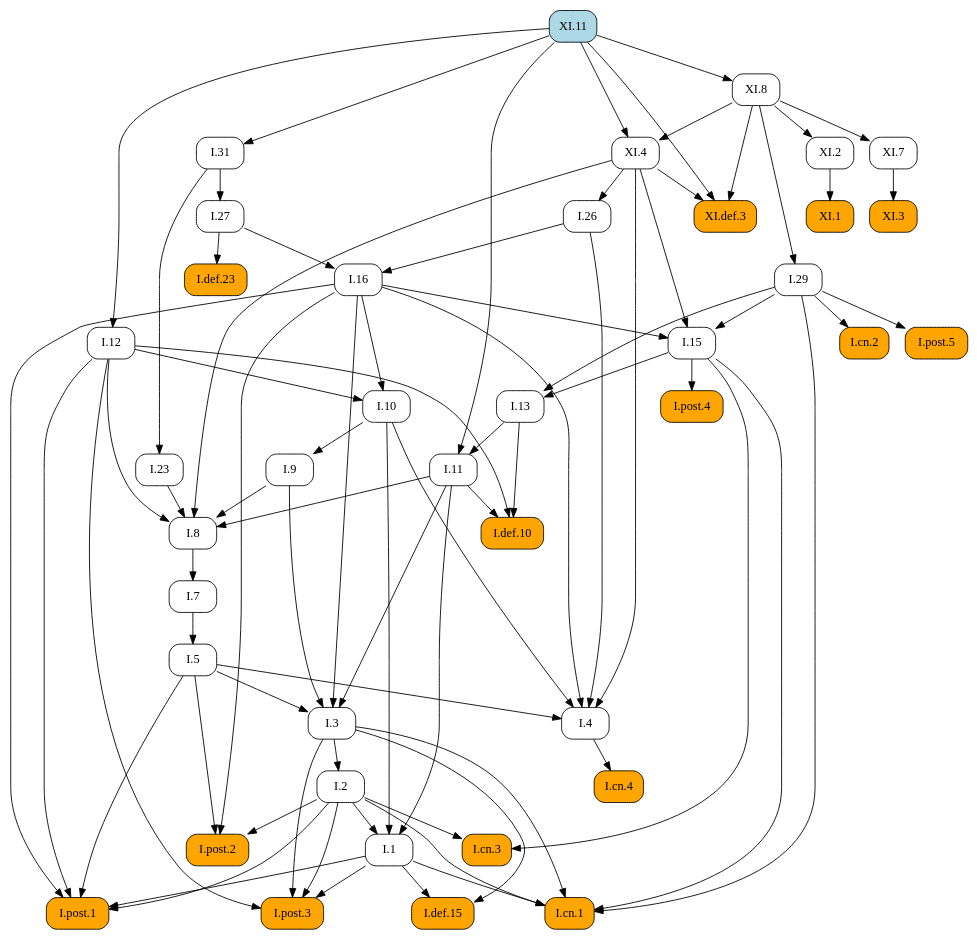
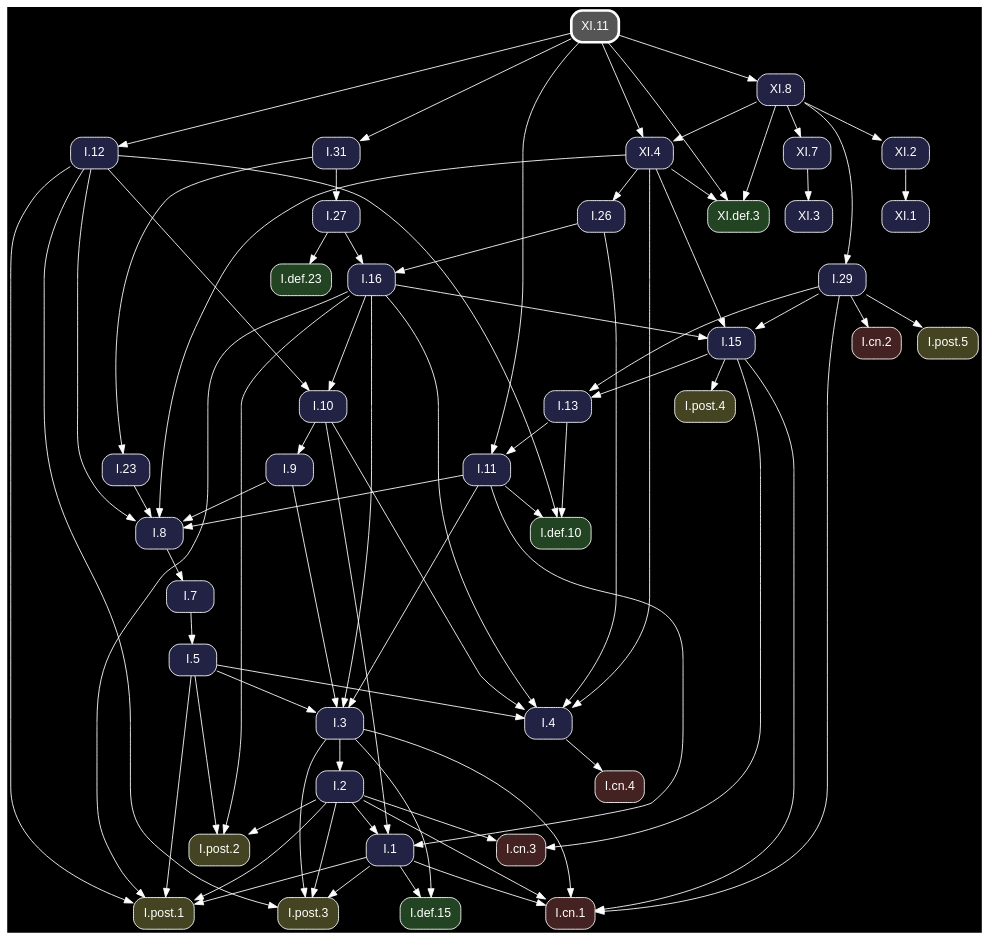
One commit to geometor/elements changed the diagram in docsrc/heath/XI/11/index.rst. Above: the diagram before and after it, drawn with Graphviz. The commit also changed other lines of this file and 1200 other files, not shown here.

Commit message:
update dependency graphs

```diff
--- a/docsrc/heath/XI/11/index.rst
+++ b/docsrc/heath/XI/11/index.rst
@@ -47,122 +47,124 @@
 .. graphviz::
 
    digraph {
+     bgcolor="black";
+     node [shape=box, style="rounded,filled", fontname="Helvetica", color="white", fontcolor="white"];
+     edge [color="white", fontcolor="white"];
      rankdir="TB";
-     node [shape=box, style=rounded];
-     "I.23" [URL="/heath/I/23/", target="_top"];
-     "I.9" [URL="/heath/I/9/", target="_top"];
-     "XI.4" [URL="/heath/XI/4/", target="_top"];
-     "I.def.15" [style="rounded,filled", fillcolor=orange, URL="/heath/I/def.15/", target="_top"];
-     "XI.8" [URL="/heath/XI/8/", target="_top"];
-     "I.post.3" [style="rounded,filled", fillcolor=orange, URL="/heath/I/post.3/", target="_top"];
-     "I.post.1" [style="rounded,filled", fillcolor=orange, URL="/heath/I/post.1/", target="_top"];
-     "XI.3" [style="rounded,filled", fillcolor=orange, URL="/heath/XI/3/", target="_top"];
-     "I.31" [URL="/heath/I/31/", target="_top"];
-     "I.def.10" [style="rounded,filled", fillcolor=orange, URL="/heath/I/def.10/", target="_top"];
-     "XI.def.3" [style="rounded,filled", fillcolor=orange, URL="/heath/XI/def.3/", target="_top"];
-     "I.27" [URL="/heath/I/27/", target="_top"];
-     "XI.2" [URL="/heath/XI/2/", target="_top"];
-     "XI.7" [URL="/heath/XI/7/", target="_top"];
-     "I.3" [URL="/heath/I/3/", target="_top"];
-     "I.cn.1" [style="rounded,filled", fillcolor=orange, URL="/heath/I/cn.1/", target="_top"];
-     "I.7" [URL="/heath/I/7/", target="_top"];
-     "I.2" [URL="/heath/I/2/", target="_top"];
-     "I.13" [URL="/heath/I/13/", target="_top"];
-     "I.post.4" [style="rounded,filled", fillcolor=orange, URL="/heath/I/post.4/", target="_top"];
-     "I.4" [URL="/heath/I/4/", target="_top"];
-     "I.1" [URL="/heath/I/1/", target="_top"];
-     "I.5" [URL="/heath/I/5/", target="_top"];
-     "I.8" [URL="/heath/I/8/", target="_top"];
-     "I.29" [URL="/heath/I/29/", target="_top"];
-     "I.cn.3" [style="rounded,filled", fillcolor=orange, URL="/heath/I/cn.3/", target="_top"];
-     "I.16" [URL="/heath/I/16/", target="_top"];
-     "I.15" [URL="/heath/I/15/", target="_top"];
-     "I.10" [URL="/heath/I/10/", target="_top"];
-     "I.11" [URL="/heath/I/11/", target="_top"];
-     "I.def.23" [style="rounded,filled", fillcolor=orange, URL="/heath/I/def.23/", target="_top"];
-     "I.cn.2" [style="rounded,filled", fillcolor=orange, URL="/heath/I/cn.2/", target="_top"];
-     "I.post.5" [style="rounded,filled", fillcolor=orange, URL="/heath/I/post.5/", target="_top"];
-     "I.12" [URL="/heath/I/12/", target="_top"];
-     "I.cn.4" [style="rounded,filled", fillcolor=orange, URL="/heath/I/cn.4/", target="_top"];
-     "XI.1" [style="rounded,filled", fillcolor=orange, URL="/heath/XI/1/", target="_top"];
-     "I.post.2" [style="rounded,filled", fillcolor=orange, URL="/heath/I/post.2/", target="_top"];
-     "XI.11" [style="rounded,filled", fillcolor=lightblue, URL="/heath/XI/11/", target="_top"];
-     "I.26" [URL="/heath/I/26/", target="_top"];
+     "I.12" [fillcolor="#222244", URL="/heath/I/12/", target="_top"];
+     "XI.8" [fillcolor="#222244", URL="/heath/XI/8/", target="_top"];
+     "I.31" [fillcolor="#222244", URL="/heath/I/31/", target="_top"];
+     "I.3" [fillcolor="#222244", URL="/heath/I/3/", target="_top"];
+     "XI.7" [fillcolor="#222244", URL="/heath/XI/7/", target="_top"];
+     "I.cn.1" [fillcolor="#442222", URL="/heath/I/cn.1/", target="_top"];
+     "XI.def.3" [fillcolor="#224422", URL="/heath/XI/def.3/", target="_top"];
+     "I.def.10" [fillcolor="#224422", URL="/heath/I/def.10/", target="_top"];
+     "I.15" [fillcolor="#222244", URL="/heath/I/15/", target="_top"];
+     "I.13" [fillcolor="#222244", URL="/heath/I/13/", target="_top"];
+     "I.27" [fillcolor="#222244", URL="/heath/I/27/", target="_top"];
+     "I.2" [fillcolor="#222244", URL="/heath/I/2/", target="_top"];
+     "XI.3" [fillcolor="#222244", URL="/heath/XI/3/", target="_top"];
+     "I.cn.2" [fillcolor="#442222", URL="/heath/I/cn.2/", target="_top"];
+     "XI.1" [fillcolor="#222244", URL="/heath/XI/1/", target="_top"];
+     "I.9" [fillcolor="#222244", URL="/heath/I/9/", target="_top"];
+     "XI.11" [penwidth=3, color="white", fillcolor="#555555", URL="/heath/XI/11/", target="_top"];
+     "I.1" [fillcolor="#222244", URL="/heath/I/1/", target="_top"];
+     "I.post.5" [fillcolor="#444422", URL="/heath/I/post.5/", target="_top"];
+     "I.post.4" [fillcolor="#444422", URL="/heath/I/post.4/", target="_top"];
+     "I.23" [fillcolor="#222244", URL="/heath/I/23/", target="_top"];
+     "I.26" [fillcolor="#222244", URL="/heath/I/26/", target="_top"];
+     "I.8" [fillcolor="#222244", URL="/heath/I/8/", target="_top"];
+     "I.4" [fillcolor="#222244", URL="/heath/I/4/", target="_top"];
+     "I.7" [fillcolor="#222244", URL="/heath/I/7/", target="_top"];
+     "I.5" [fillcolor="#222244", URL="/heath/I/5/", target="_top"];
+     "I.10" [fillcolor="#222244", URL="/heath/I/10/", target="_top"];
+     "I.post.1" [fillcolor="#444422", URL="/heath/I/post.1/", target="_top"];
+     "I.11" [fillcolor="#222244", URL="/heath/I/11/", target="_top"];
+     "I.16" [fillcolor="#222244", URL="/heath/I/16/", target="_top"];
+     "I.cn.3" [fillcolor="#442222", URL="/heath/I/cn.3/", target="_top"];
+     "I.29" [fillcolor="#222244", URL="/heath/I/29/", target="_top"];
+     "I.post.2" [fillcolor="#444422", URL="/heath/I/post.2/", target="_top"];
+     "I.cn.4" [fillcolor="#442222", URL="/heath/I/cn.4/", target="_top"];
+     "I.def.23" [fillcolor="#224422", URL="/heath/I/def.23/", target="_top"];
+     "I.post.3" [fillcolor="#444422", URL="/heath/I/post.3/", target="_top"];
+     "I.def.15" [fillcolor="#224422", URL="/heath/I/def.15/", target="_top"];
+     "XI.4" [fillcolor="#222244", URL="/heath/XI/4/", target="_top"];
+     "XI.2" [fillcolor="#222244", URL="/heath/XI/2/", target="_top"];
+     "XI.11" -> "I.12";
+     "XI.11" -> "XI.8";
+     "XI.11" -> "I.31";
+     "I.5" -> "I.3";
+     "I.9" -> "I.3";
+     "I.11" -> "I.3";
+     "I.16" -> "I.3";
+     "XI.8" -> "XI.7";
+     "I.1" -> "I.cn.1";
+     "I.2" -> "I.cn.1";
+     "I.3" -> "I.cn.1";
+     "I.15" -> "I.cn.1";
+     "I.29" -> "I.cn.1";
+     "XI.4" -> "XI.def.3";
+     "XI.8" -> "XI.def.3";
+     "XI.11" -> "XI.def.3";
+     "I.11" -> "I.def.10";
+     "I.12" -> "I.def.10";
+     "I.13" -> "I.def.10";
+     "I.16" -> "I.15";
+     "I.29" -> "I.15";
+     "XI.4" -> "I.15";
+     "I.15" -> "I.13";
+     "I.29" -> "I.13";
+     "I.31" -> "I.27";
+     "I.3" -> "I.2";
+     "XI.7" -> "XI.3";
+     "I.29" -> "I.cn.2";
+     "XI.2" -> "XI.1";
+     "I.10" -> "I.9";
+     "I.2" -> "I.1";
+     "I.10" -> "I.1";
+     "I.11" -> "I.1";
+     "I.29" -> "I.post.5";
+     "I.15" -> "I.post.4";
      "I.31" -> "I.23";
-     "I.10" -> "I.9";
-     "XI.8" -> "XI.4";
-     "XI.11" -> "XI.4";
-     "I.1" -> "I.def.15";
-     "I.3" -> "I.def.15";
-     "XI.11" -> "XI.8";
-     "I.1" -> "I.post.3";
-     "I.2" -> "I.post.3";
-     "I.3" -> "I.post.3";
-     "I.12" -> "I.post.3";
+     "XI.4" -> "I.26";
+     "I.9" -> "I.8";
+     "I.11" -> "I.8";
+     "I.12" -> "I.8";
+     "I.23" -> "I.8";
+     "XI.4" -> "I.8";
+     "I.5" -> "I.4";
+     "I.10" -> "I.4";
+     "I.16" -> "I.4";
+     "I.26" -> "I.4";
+     "XI.4" -> "I.4";
+     "I.8" -> "I.7";
+     "I.7" -> "I.5";
+     "I.12" -> "I.10";
+     "I.16" -> "I.10";
      "I.1" -> "I.post.1";
      "I.2" -> "I.post.1";
      "I.5" -> "I.post.1";
      "I.12" -> "I.post.1";
      "I.16" -> "I.post.1";
-     "XI.7" -> "XI.3";
-     "XI.11" -> "I.31";
-     "I.11" -> "I.def.10";
-     "I.12" -> "I.def.10";
-     "I.13" -> "I.def.10";
-     "XI.4" -> "XI.def.3";
-     "XI.8" -> "XI.def.3";
-     "XI.11" -> "XI.def.3";
-     "I.31" -> "I.27";
-     "XI.8" -> "XI.2";
-     "XI.8" -> "XI.7";
-     "I.5" -> "I.3";
-     "I.9" -> "I.3";
-     "I.11" -> "I.3";
-     "I.16" -> "I.3";
-     "I.1" -> "I.cn.1";
-     "I.2" -> "I.cn.1";
-     "I.3" -> "I.cn.1";
-     "I.15" -> "I.cn.1";
-     "I.29" -> "I.cn.1";
-     "I.8" -> "I.7";
-     "I.3" -> "I.2";
-     "I.15" -> "I.13";
-     "I.29" -> "I.13";
-     "I.15" -> "I.post.4";
-     "I.5" -> "I.4";
-     "I.10" -> "I.4";
-     "I.16" -> "I.4";
-     "I.26" -> "I.4";
-     "XI.4" -> "I.4";
-     "I.2" -> "I.1";
-     "I.10" -> "I.1";
-     "I.11" -> "I.1";
-     "I.7" -> "I.5";
-     "I.9" -> "I.8";
-     "I.11" -> "I.8";
-     "I.12" -> "I.8";
-     "I.23" -> "I.8";
-     "XI.4" -> "I.8";
-     "XI.8" -> "I.29";
+     "I.13" -> "I.11";
+     "XI.11" -> "I.11";
+     "I.26" -> "I.16";
+     "I.27" -> "I.16";
      "I.2" -> "I.cn.3";
      "I.15" -> "I.cn.3";
-     "I.26" -> "I.16";
-     "I.27" -> "I.16";
-     "I.16" -> "I.15";
-     "I.29" -> "I.15";
-     "XI.4" -> "I.15";
-     "I.12" -> "I.10";
-     "I.16" -> "I.10";
-     "I.13" -> "I.11";
-     "XI.11" -> "I.11";
-     "I.27" -> "I.def.23";
-     "I.29" -> "I.cn.2";
-     "I.29" -> "I.post.5";
-     "XI.11" -> "I.12";
-     "I.4" -> "I.cn.4";
-     "XI.2" -> "XI.1";
+     "XI.8" -> "I.29";
      "I.2" -> "I.post.2";
      "I.5" -> "I.post.2";
      "I.16" -> "I.post.2";
-     "XI.4" -> "I.26";
+     "I.4" -> "I.cn.4";
+     "I.27" -> "I.def.23";
+     "I.1" -> "I.post.3";
+     "I.2" -> "I.post.3";
+     "I.3" -> "I.post.3";
+     "I.12" -> "I.post.3";
+     "I.1" -> "I.def.15";
+     "I.3" -> "I.def.15";
+     "XI.8" -> "XI.4";
+     "XI.11" -> "XI.4";
+     "XI.8" -> "XI.2";
    }
```
